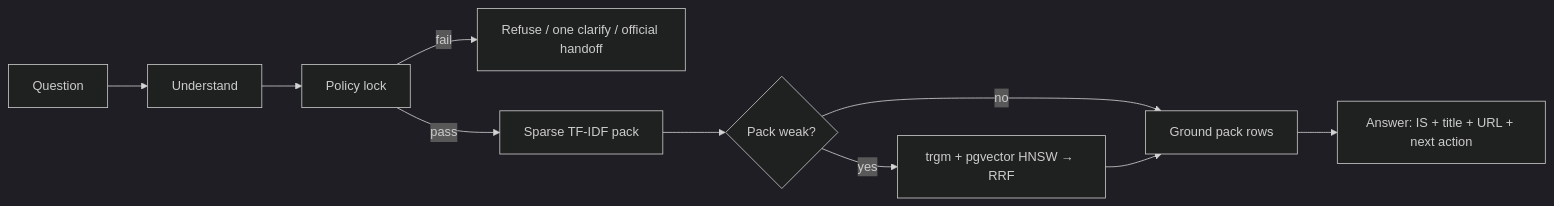
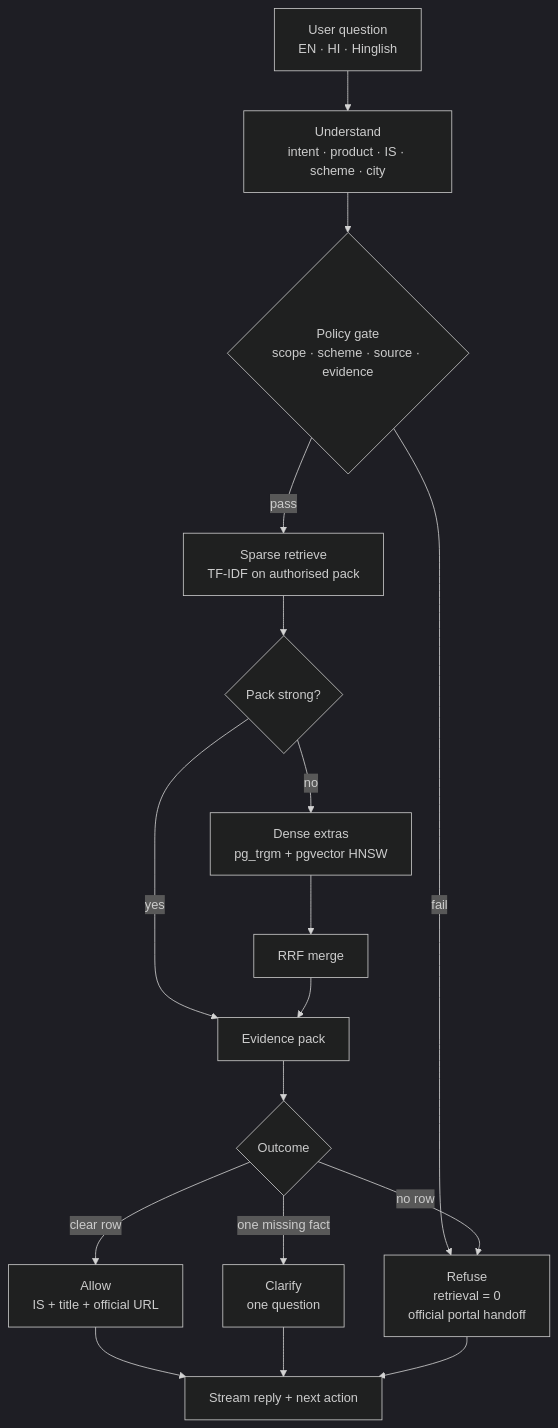
One commit to owais265/ManakMitra changed the diagram in README.md. Above: the diagram before and after it, drawn with Mermaid (dark theme). The commit also changed other lines of this file and 4 other files, not shown here.

Commit message:
Document the lock-first product and add a pack-only Docker path.

````diff
--- a/README.md
+++ b/README.md
@@ -30,12 +60,19 @@
 ```mermaid
-flowchart LR
-  Q[Question] --> U[Understand]
-  U --> P[Policy lock]
-  P -->|fail| R[Refuse / one clarify / official handoff]
-  P -->|pass| S[Sparse TF-IDF pack]
-  S --> H{Pack weak?}
-  H -->|no| G[Ground pack rows]
-  H -->|yes| D[trgm + pgvector HNSW → RRF]
-  D --> G
-  G --> A[Answer: IS + title + URL + next action]
+flowchart TD
+  Q[User question<br/>EN · HI · Hinglish] --> U[Understand<br/>intent · product · IS · scheme · city]
+  U --> G{Policy gate<br/>scope · scheme · source · evidence}
+  G -->|fail| X[Refuse<br/>retrieval = 0<br/>official portal handoff]
+  G -->|pass| S[Sparse retrieve<br/>TF-IDF on authorised pack]
+  S --> W{Pack strong?}
+  W -->|yes| E[Evidence pack]
+  W -->|no| H[Dense extras<br/>pg_trgm + pgvector HNSW]
+  H --> F[RRF merge]
+  F --> E
+  E --> O{Outcome}
+  O -->|clear row| A[Allow<br/>IS + title + official URL]
+  O -->|one missing fact| C[Clarify<br/>one question]
+  O -->|no row| X
+  A --> R[Stream reply + next action]
+  C --> R
+  X --> R
 ```
````
